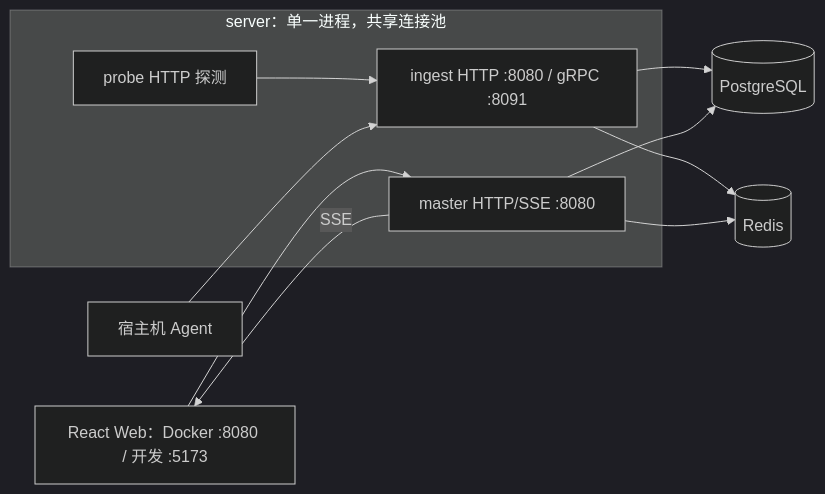
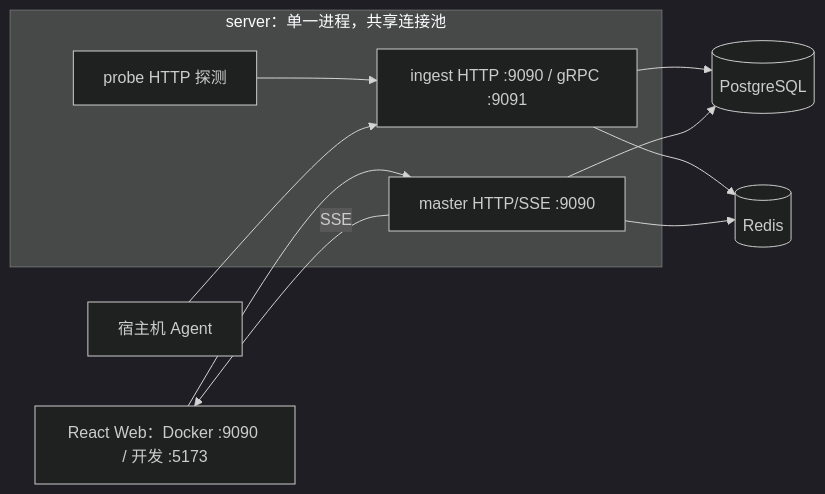
The first of 3 diagrams in docs/01-core/architecture.md (gofxq/gaoming), drawn with Mermaid (dark theme) before and after one commit. The commit also changed other lines of this file and 24 other files, not shown here.

````diff
--- a/docs/01-core/architecture.md
+++ b/docs/01-core/architecture.md
@@ -7,20 +7,20 @@
 ```mermaid
 flowchart LR
     Agent[宿主机 Agent]
-    Web[React Web：Docker :8080 / 开发 :5173]
+    Web[React Web：Docker :9090 / 开发 :5173]
     subgraph Server["server：单一进程，共享连接池"]
-        Master["master HTTP/SSE :8080"]
-        Ingest["ingest HTTP :8080 / gRPC :8091"]
+        Master["master HTTP/SSE :9090"]
+        Ingest["ingest HTTP :9090 / gRPC :9091"]
         Probe[probe HTTP 探测]
         Probe --> Ingest
     end
     PG[(PostgreSQL)]
     Redis[(Redis)]
     Agent --> Ingest
     Ingest --> PG
     Ingest --> Redis
     Master --> PG
     Master --> Redis
     Master -->|SSE| Web
     Web --> Master
 ```
````
